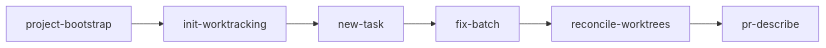
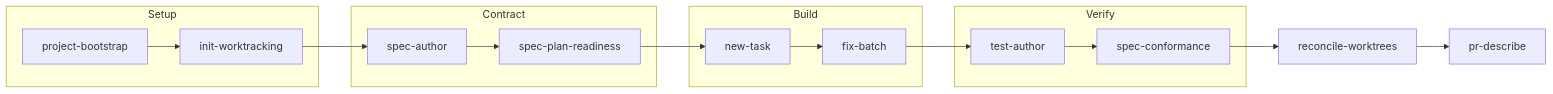
One commit to hams-ollo/zen-agent-skills changed the diagram in README.md. Above: the diagram before and after it, drawn with Mermaid. The commit also changed other lines of this file and 17 other files, not shown here.

````diff
--- a/README.md
+++ b/README.md
@@ -37,8 +41,20 @@
 ```mermaid
 flowchart LR
-  A[project-bootstrap] --> B[init-worktracking]
-  B --> C[new-task]
-  C --> D[fix-batch]
-  D --> E[reconcile-worktrees]
-  E --> F[pr-describe]
+  subgraph Setup
+    A[project-bootstrap] --> B[init-worktracking]
+  end
+  subgraph Contract
+    C[spec-author] --> D[spec-plan-readiness]
+  end
+  subgraph Build
+    E[new-task] --> F[fix-batch]
+  end
+  subgraph Verify
+    G[test-author] --> H[spec-conformance]
+  end
+  B --> C
+  D --> E
+  F --> G
+  H --> I[reconcile-worktrees]
+  I --> J[pr-describe]
 ```
````
